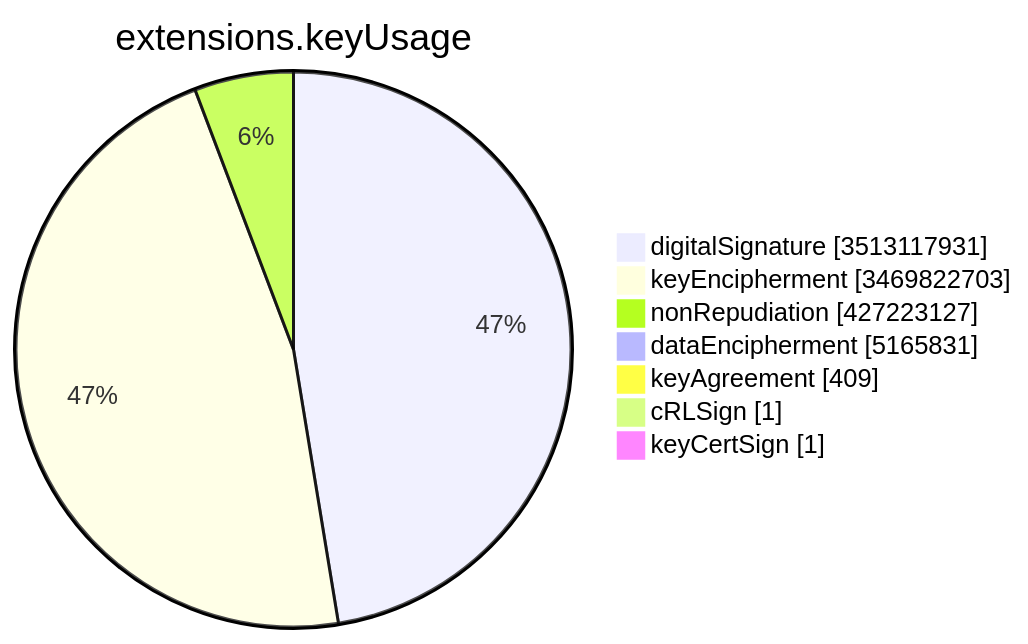
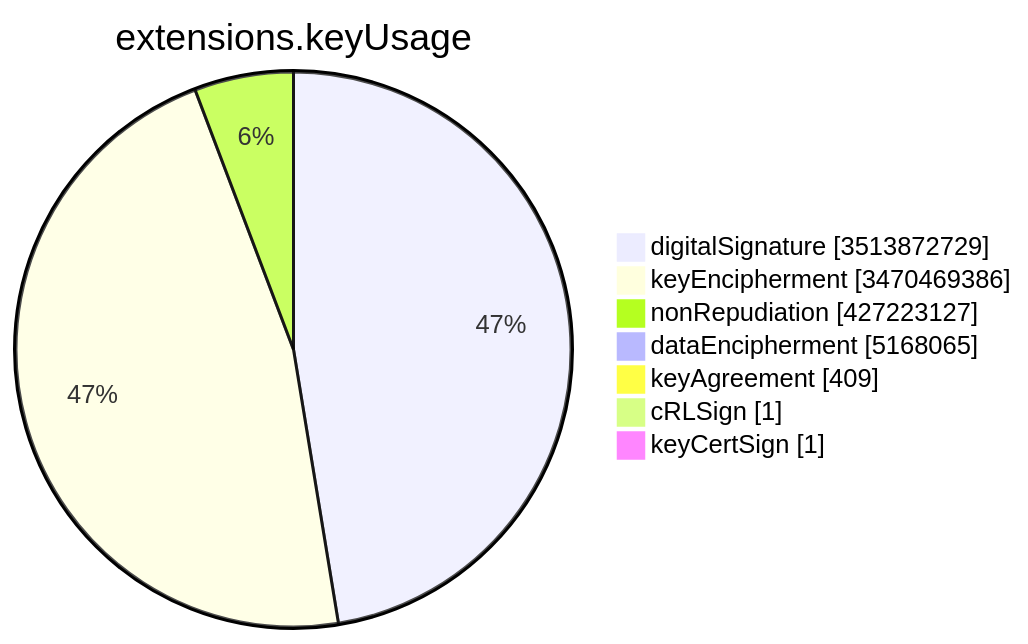
One commit to christiankrug/ctmonitor_visualization changed the sixth of 15 diagrams in TOTAL/README.md. Above: the diagram before and after it, drawn with Mermaid. The commit also changed other lines of this file, not shown here.

````diff
--- a/TOTAL/README.md
+++ b/TOTAL/README.md
@@ -3083,11 +3083,11 @@
 ```mermaid
 pie showData
 title extensions.keyUsage
-"digitalSignature" :3513117931
-"keyEncipherment" :3469822703
+"digitalSignature" :3513872729
+"keyEncipherment" :3470469386
 "nonRepudiation" :427223127
-"dataEncipherment" :5165831
+"dataEncipherment" :5168065
 "keyAgreement" :409
 "cRLSign" :1
 "keyCertSign" :1
 ```
````
